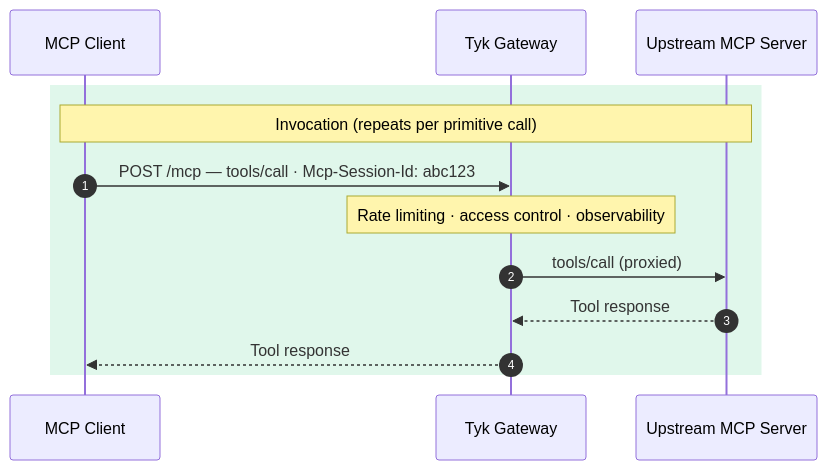
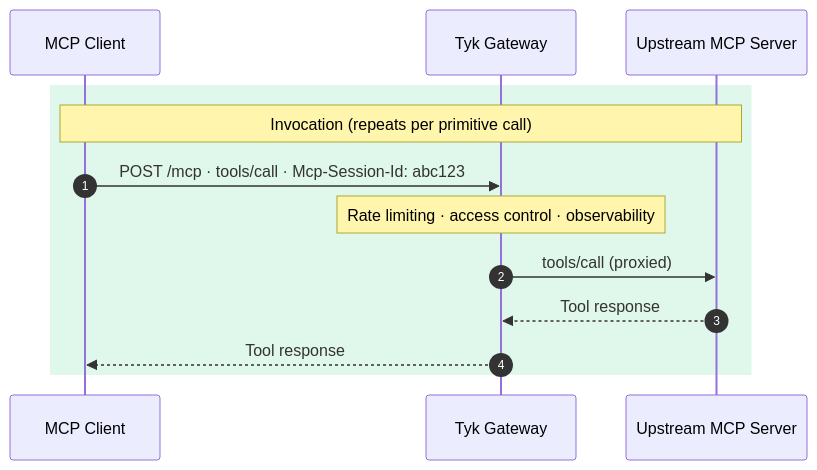
The fourth of 5 diagrams in ai-management/mcp-gateway/core-concepts.mdx (TykTechnologies/tyk-docs), drawn with Mermaid before and after one commit. The commit also changed other lines of this file and 8 other files, not shown here.

````diff
--- a/ai-management/mcp-gateway/core-concepts.mdx
+++ b/ai-management/mcp-gateway/core-concepts.mdx
@@ -248,16 +248,16 @@
 ```mermaid
 sequenceDiagram
     autonumber
     participant C as MCP Client
     participant T as Tyk Gateway
     participant U as Upstream MCP Server
 
     rect rgba(52, 199, 120, 0.15)
         Note over C,U: Invocation (repeats per primitive call)
-        C->>T: POST /mcp — tools/call · Mcp-Session-Id: abc123
+        C->>T: POST /mcp · tools/call · Mcp-Session-Id: abc123
         Note over T: Rate limiting · access control · observability
         T->>U: tools/call (proxied)
         U-->>T: Tool response
         T-->>C: Tool response
     end
 ```
````
